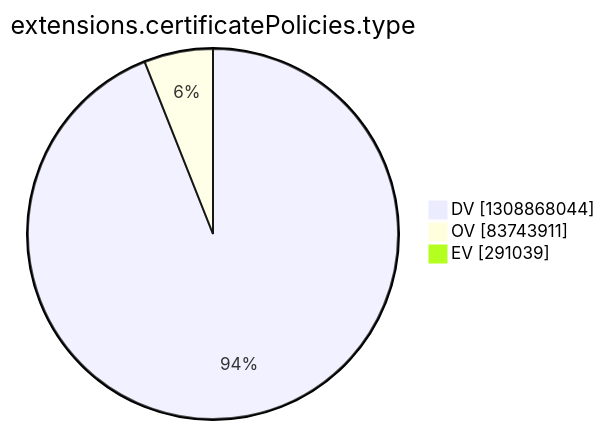
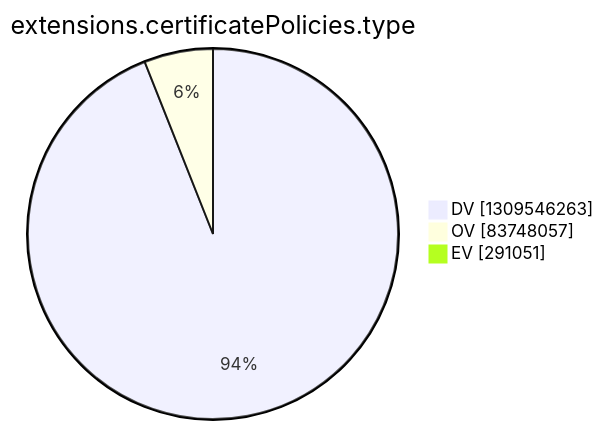
The tenth of 15 diagrams in argon2022/README.md (christiankrug/ctmonitor_visualization), drawn with Mermaid before and after one commit. The commit also changed other lines of this file, not shown here.

````diff
--- a/argon2022/README.md
+++ b/argon2022/README.md
@@ -2772,7 +2772,7 @@
 ```mermaid
 pie showData
 title extensions.certificatePolicies.type
-"DV" :1308868044
-"OV" :83743911
-"EV" :291039
+"DV" :1309546263
+"OV" :83748057
+"EV" :291051
 ```
````
